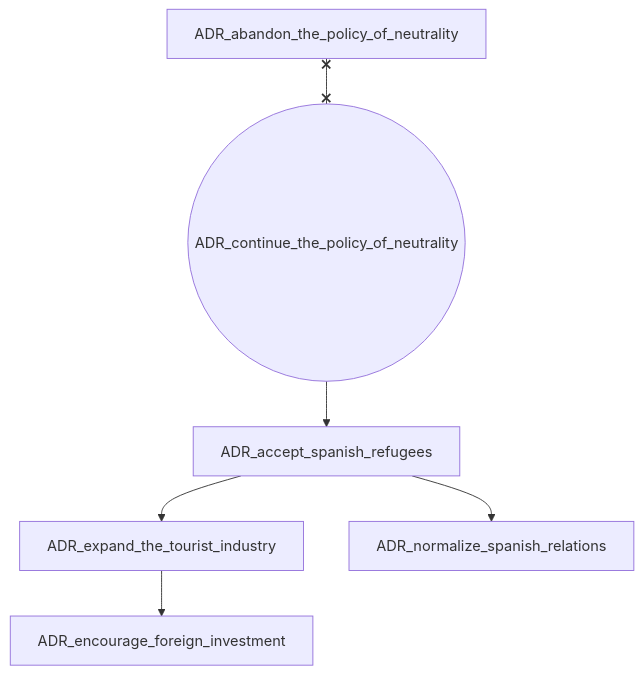
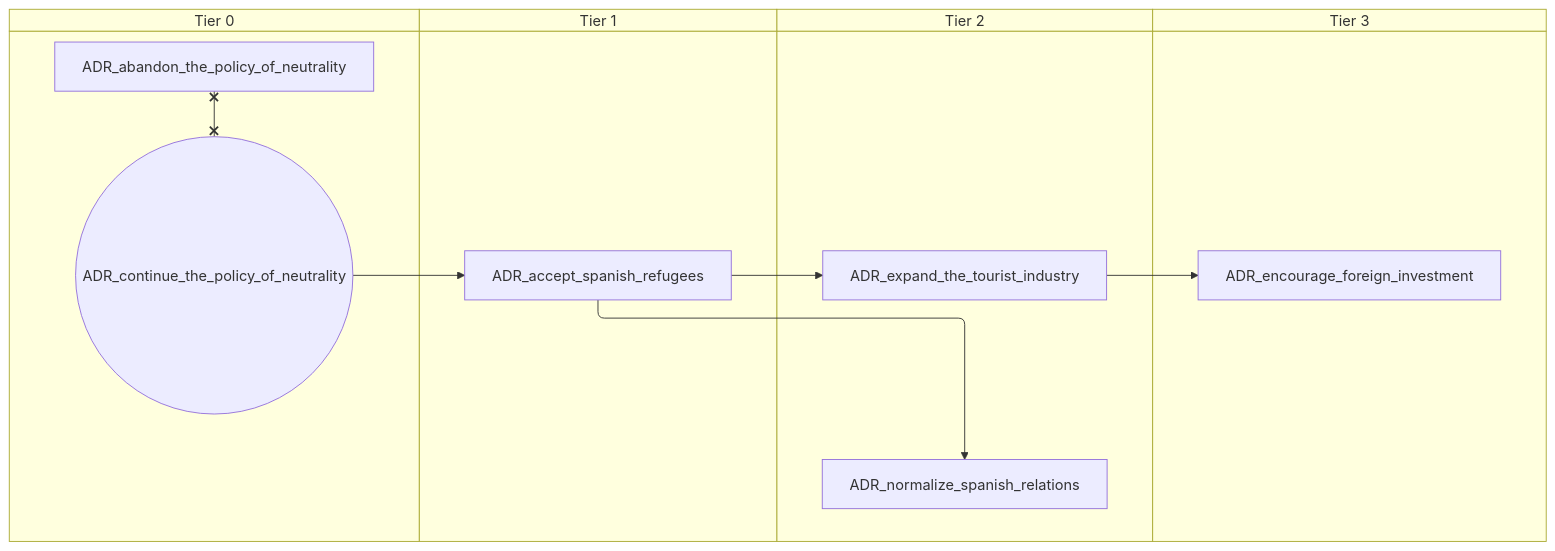
Before and after one commit to evgeny-sobol/hoi4-sandbox-mode-r56: the second of 2 diagrams in docs/gdd/National Focuses/andorra.md, drawn with Mermaid. The commit also changed other lines of this file and 423 other files, not shown here.

First line of the commit message:
Re-export Rt56 focus trees as swimlane diagrams

````diff
--- a/docs/gdd/National Focuses/andorra.md
+++ b/docs/gdd/National Focuses/andorra.md
@@ -17,14 +21,22 @@
 ```mermaid
-flowchart TD
-    n2["ADR_abandon_the_policy_of_neutrality"]
-    n5["ADR_accept_spanish_refugees"]
-    n4(("ADR_continue_the_policy_of_neutrality"))
-    n6["ADR_encourage_foreign_investment"]
-    n7["ADR_expand_the_tourist_industry"]
-    n8["ADR_normalize_spanish_relations"]
-    n4 --> n5
-    n7 --> n6
+swimlane-beta TD
+    subgraph tier_0["Tier 0"]
+        n1["ADR_abandon_the_policy_of_neutrality"]
+        n2(("ADR_continue_the_policy_of_neutrality"))
+    end
+    subgraph tier_1["Tier 1"]
+        n5["ADR_accept_spanish_refugees"]
+    end
+    subgraph tier_2["Tier 2"]
+        n6["ADR_expand_the_tourist_industry"]
+        n7["ADR_normalize_spanish_relations"]
+    end
+    subgraph tier_3["Tier 3"]
+        n8["ADR_encourage_foreign_investment"]
+    end
+    n2 --> n5
+    n6 --> n8
+    n5 --> n6
     n5 --> n7
-    n5 --> n8
-    n2 x--x n4
+    n1 x--x n2
 ```
````
